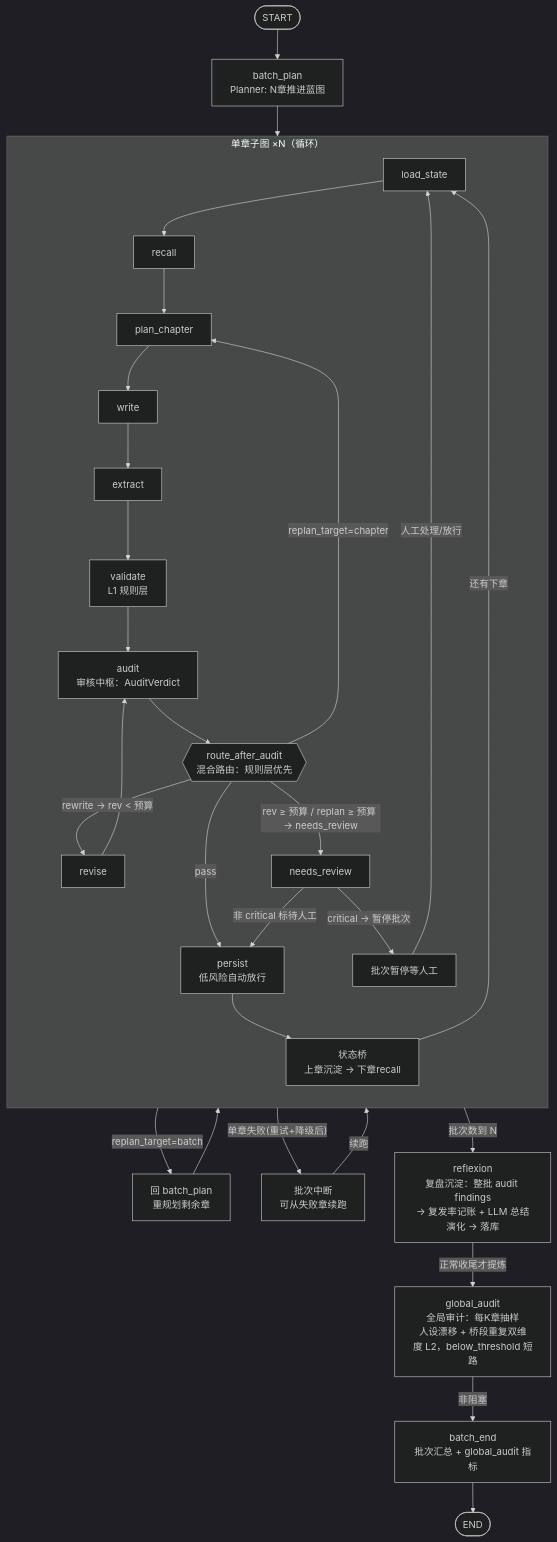
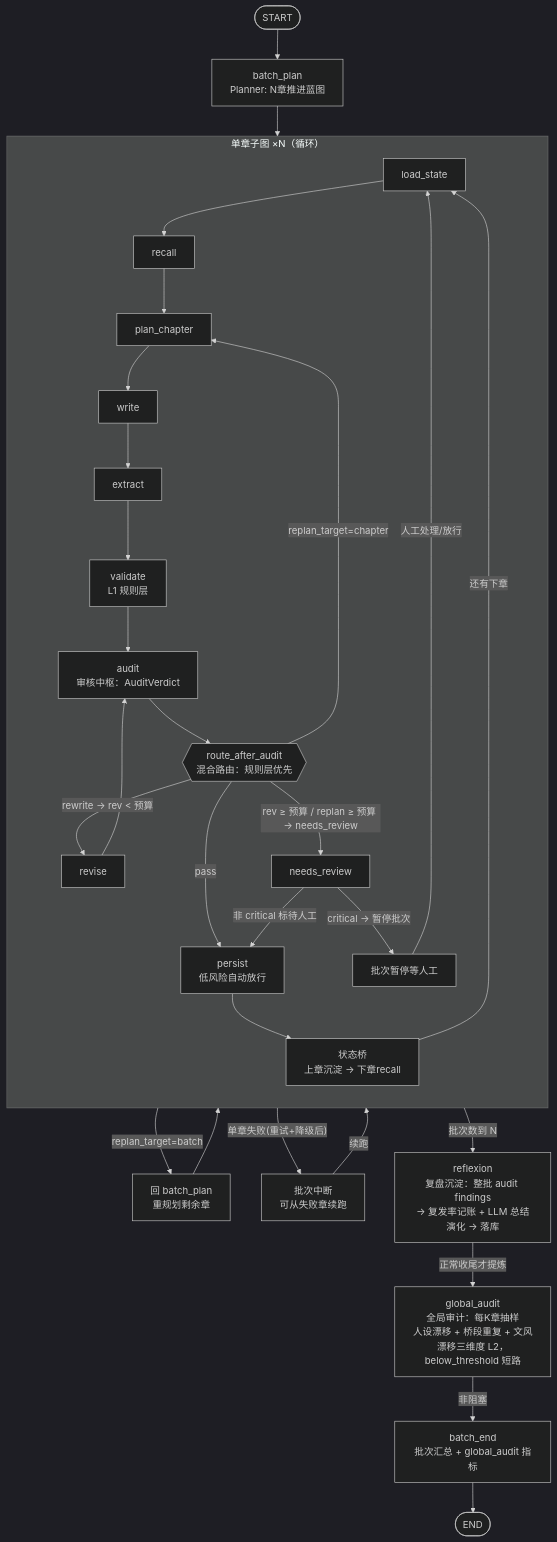
One commit to frostloom/Myink changed the diagram in spec/state-flow.md. Above: the diagram before and after it, drawn with Mermaid (dark theme). The commit also changed other lines of this file and 14 other files, not shown here.

````diff
--- a/spec/state-flow.md
+++ b/spec/state-flow.md
@@ -13,34 +13,34 @@
 ```mermaid
 flowchart TD
     START([START]) --> BP[batch_plan<br/>Planner: N章推进蓝图]
     BP --> LS[load_state]
 
     subgraph CHAP["单章子图 ×N（循环）"]
         direction TB
         LS --> RC[recall]
         RC --> PC[plan_chapter]
         PC --> W[write]
         W --> EX[extract]
         EX --> VA[validate<br/>L1 规则层]
         VA --> AU[audit<br/>审核中枢：AuditVerdict]
         AU --> RT{{route_after_audit<br/>混合路由：规则层优先}}
         RT -- "pass" --> PERSIST[persist<br/>低风险自动放行]
         RT -- "rewrite → rev < 预算" --> RV[revise] --> AU
         RT -- "replan_target=chapter" --> PC
         RT -- "rev ≥ 预算 / replan ≥ 预算 → needs_review" --> NR[needs_review]
         NR -- "非 critical 标待人工" --> PERSIST
         NR -- "critical → 暂停批次" --> PAUSE[批次暂停等人工]
         PERSIST --> BRIDGE[状态桥<br/>上章沉淀 → 下章recall]
     end
 
     BRIDGE -- "还有下章" --> LS
     PAUSE -- "人工处理/放行" --> LS
     AU -- "replan_target=batch" --> REBP[回 batch_plan<br/>重规划剩余章]
     REBP --> LS
     BRIDGE -- "单章失败(重试+降级后)" --> FAIL[批次中断<br/>可从失败章续跑]
     FAIL -- "续跑" --> LS
     BRIDGE -- "批次数到 N" --> RF[reflexion<br/>复盘沉淀：整批 audit findings<br/>→ 复发率记账 + LLM 总结演化 → 落库]
-    RF -- "正常收尾才提炼" --> GA[global_audit<br/>全局审计：每K章抽样<br/>人设漂移 + 桥段重复双维度 L2，below_threshold 短路]
+    RF -- "正常收尾才提炼" --> GA[global_audit<br/>全局审计：每K章抽样<br/>人设漂移 + 桥段重复 + 文风漂移三维度 L2，below_threshold 短路]
     GA -- "非阻塞" --> BE[batch_end<br/>批次汇总 + global_audit 指标]
     BE --> END([END])
 ```
````
